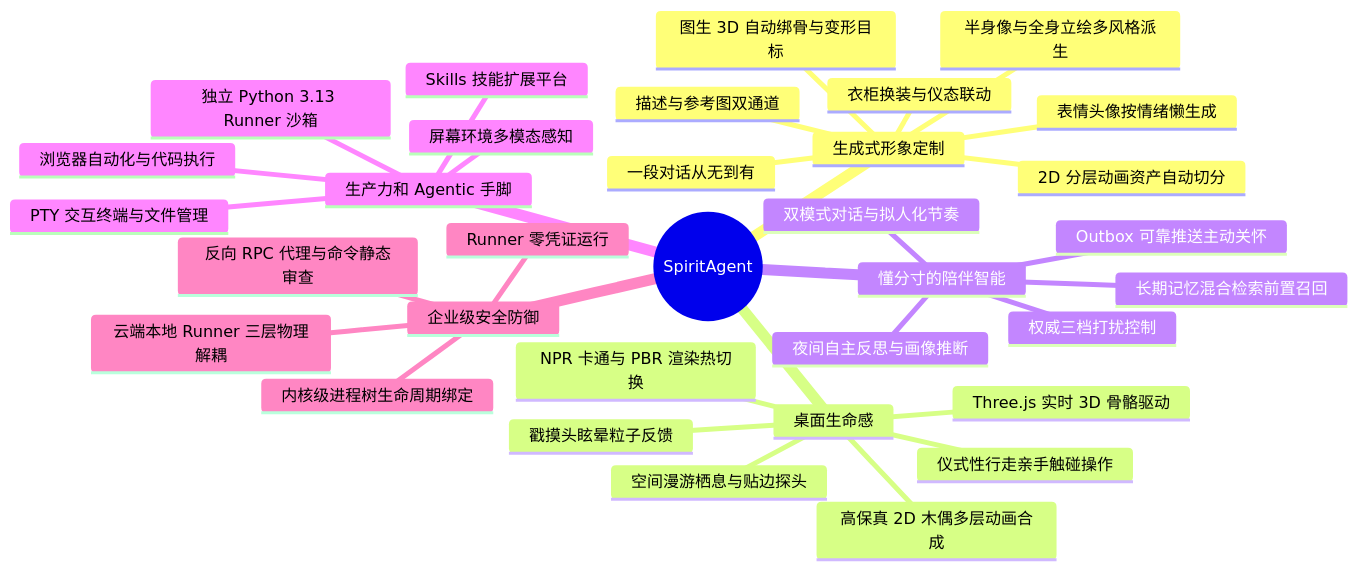
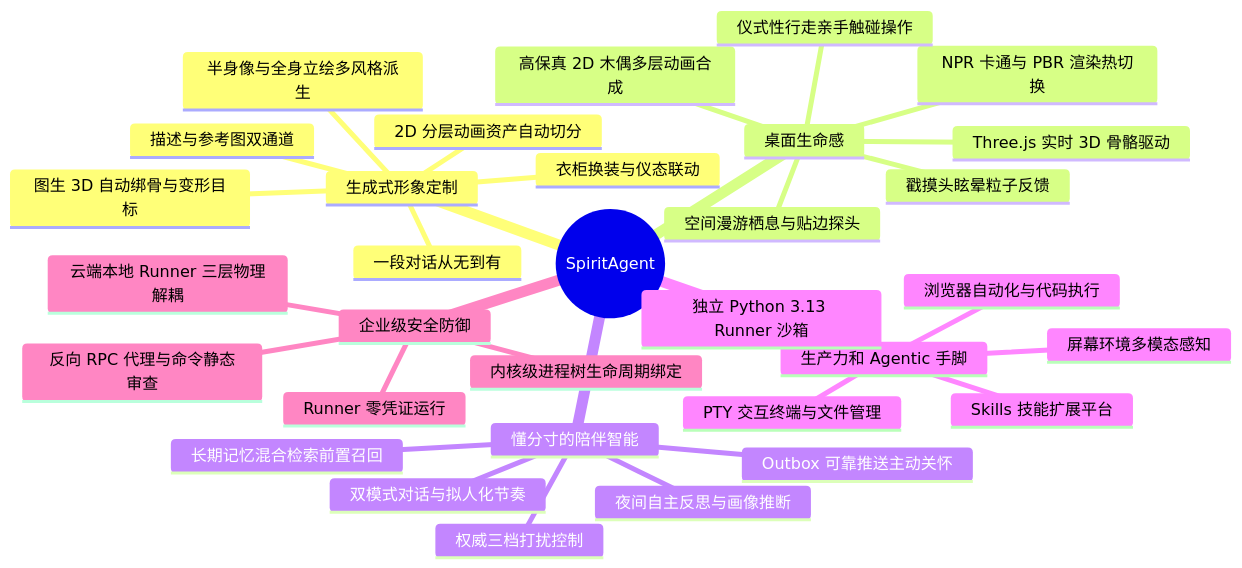
One commit to yangjinming1062/DeskAgent changed the diagram in README.md. Above: the diagram before and after it, drawn with Mermaid. The commit also changed other lines of this file and 28 other files, not shown here.

````diff
--- a/README.md
+++ b/README.md
@@ -57,36 +57,35 @@
 ```mermaid
 mindmap
   root((SpiritAgent))
     生成式形象定制
       一段对话从无到有
       描述与参考图双通道
       半身像与全身立绘多风格派生
       2D 分层动画资产自动切分
       图生 3D 自动绑骨与变形目标
-      表情头像按情绪懒生成
       衣柜换装与仪态联动
     桌面生命感
       高保真 2D 木偶多层动画合成
       Three.js 实时 3D 骨骼驱动
       NPR 卡通与 PBR 渲染热切换
       空间漫游栖息与贴边探头
       仪式性行走亲手触碰操作
       戳摸头眩晕粒子反馈
     懂分寸的陪伴智能
       长期记忆混合检索前置召回
       夜间自主反思与画像推断
       Outbox 可靠推送主动关怀
       权威三档打扰控制
       双模式对话与拟人化节奏
     生产力和 Agentic 手脚
       独立 Python 3.13 Runner 沙箱
       PTY 交互终端与文件管理
       浏览器自动化与代码执行
       Skills 技能扩展平台
       屏幕环境多模态感知
     企业级安全防御
       云端本地 Runner 三层物理解耦
       Runner 零凭证运行
       反向 RPC 代理与命令静态审查
       内核级进程树生命周期绑定
 ```
````
